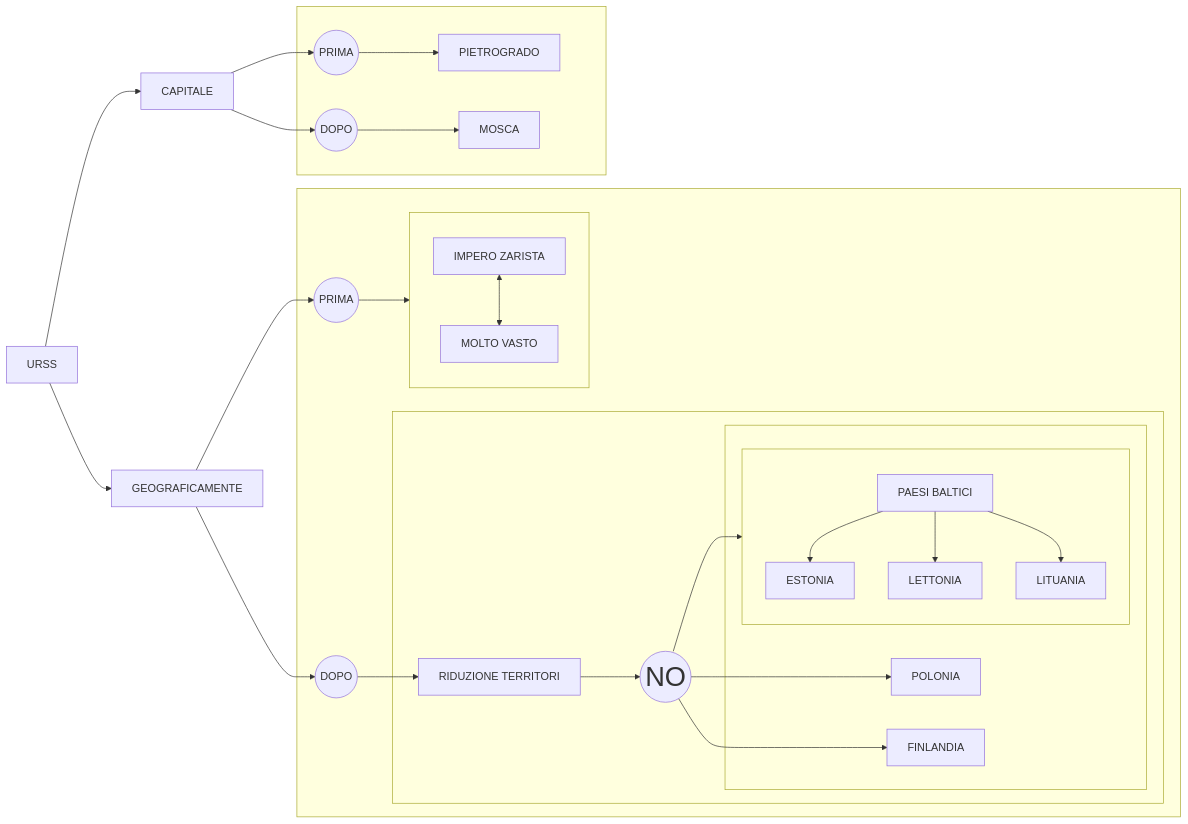
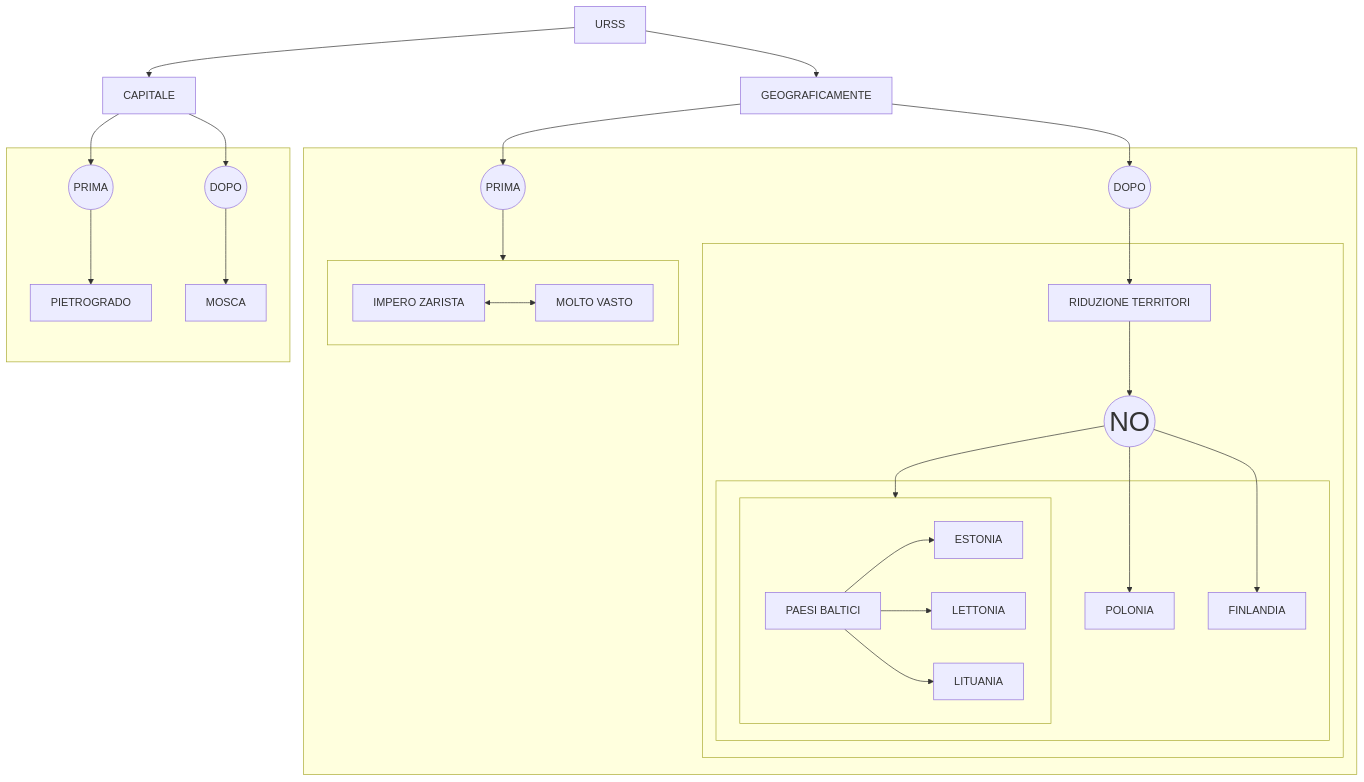
Before and after one commit to Laaouatni/ricerca-storia-MermaidJS: the diagram in prova.md, drawn with Mermaid.

````diff
--- a/prova.md
+++ b/prova.md
@@ -1,58 +1,58 @@
 ```mermaid
-flowchart LR
+flowchart TB
     0[URSS]
     
     1[CAPITALE]
     subgraph 4[" "]
         10((PRIMA))
         100[PIETROGRADO]
         11((DOPO))
         110[MOSCA]
     end
 
     2[GEOGRAFICAMENTE]
 
     subgraph 5[" "]
         20((PRIMA))
 
         subgraph 6[" "]
           200[IMPERO ZARISTA]
           201[MOLTO VASTO]
           200 <--> 201
         end
 
         21((DOPO))
         subgraph 9[" "]
 
             210[RIDUZIONE TERRITORI]
             2100((NO))
             style 2100 font-size: 40px;
 
             subgraph 7[" "]
               30[POLONIA]
 
               subgraph 8[" "]
                 31[PAESI BALTICI]
                 310[ESTONIA]
                 311[LETTONIA]
                 312[LITUANIA]
               end
 
               32[FINLANDIA]
             end
         end
     end
 
     0 --> 1 & 2
     1 --> 10 & 11
     10 --> 100
     11 --> 110
     2 --> 20 & 21
     20 --> 6
     21 --> 210
     210 --> 2100
     2100 --> 30 & 8 & 32
     31 --> 310 & 311 & 312
 
 
 ```
````
